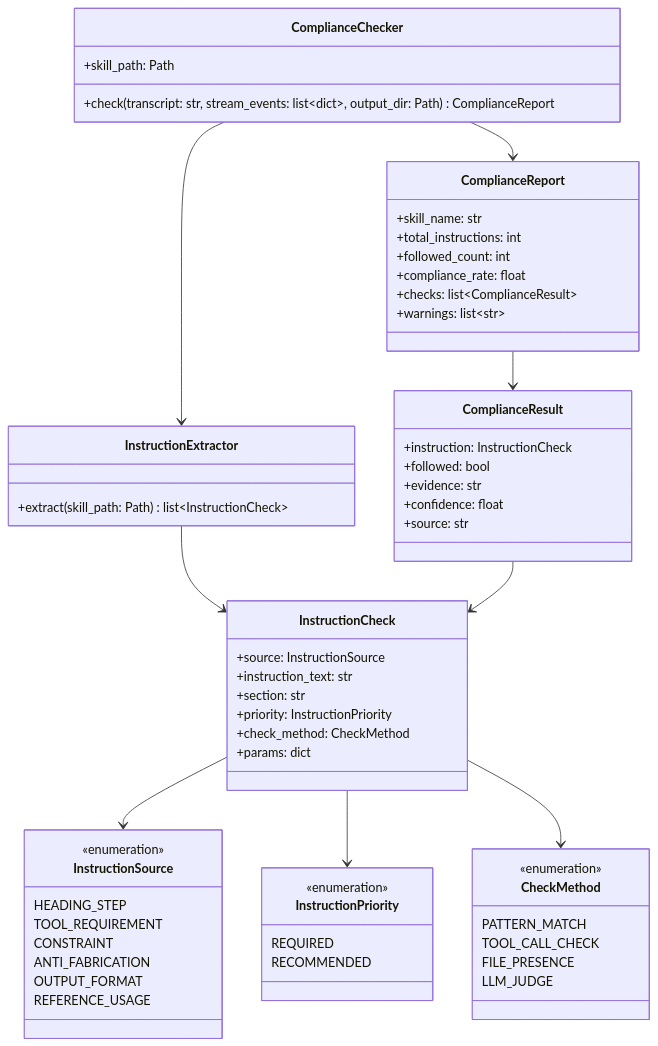
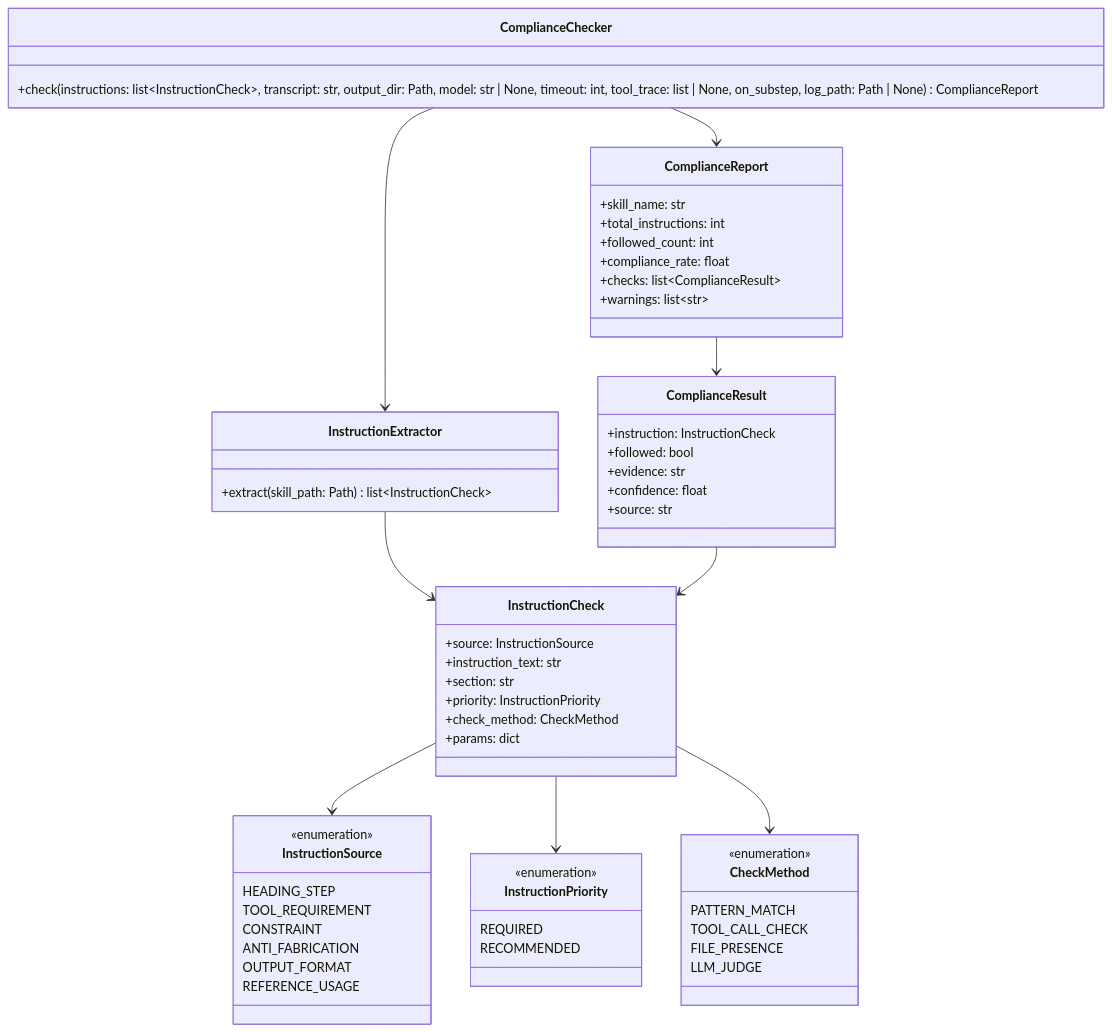
Before and after one commit to HangDu1995/sift: the eighth of 17 diagrams in docs/skill-eval-design.md, drawn with Mermaid. The commit also changed other lines of this file and 29 other files, not shown here.

````diff
--- a/docs/skill-eval-design.md
+++ b/docs/skill-eval-design.md
@@ -1260,70 +1264,69 @@
 ```mermaid
 classDiagram
     class ComplianceChecker {
-        +skill_path: Path
-        +check(transcript: str, stream_events: list~dict~, output_dir: Path) ComplianceReport
+        +check(instructions: list~InstructionCheck~, transcript: str, output_dir: Path, model: str | None, timeout: int, tool_trace: list | None, on_substep, log_path: Path | None) ComplianceReport
     }
 
     class InstructionExtractor {
         +extract(skill_path: Path) list~InstructionCheck~
     }
 
     class InstructionCheck {
         +source: InstructionSource
         +instruction_text: str
         +section: str
         +priority: InstructionPriority
         +check_method: CheckMethod
         +params: dict
     }
 
     class InstructionSource {
         <<enumeration>>
         HEADING_STEP
         TOOL_REQUIREMENT
         CONSTRAINT
         ANTI_FABRICATION
         OUTPUT_FORMAT
         REFERENCE_USAGE
     }
 
     class InstructionPriority {
         <<enumeration>>
         REQUIRED
         RECOMMENDED
     }
 
     class CheckMethod {
         <<enumeration>>
         PATTERN_MATCH
         TOOL_CALL_CHECK
         FILE_PRESENCE
         LLM_JUDGE
     }
 
     class ComplianceResult {
         +instruction: InstructionCheck
         +followed: bool
         +evidence: str
         +confidence: float
         +source: str
     }
 
     class ComplianceReport {
         +skill_name: str
         +total_instructions: int
         +followed_count: int
         +compliance_rate: float
         +checks: list~ComplianceResult~
         +warnings: list~str~
     }
 
     ComplianceChecker --> InstructionExtractor
     ComplianceChecker --> ComplianceReport
     InstructionExtractor --> InstructionCheck
     InstructionCheck --> InstructionSource
     InstructionCheck --> InstructionPriority
     InstructionCheck --> CheckMethod
     ComplianceReport --> ComplianceResult
     ComplianceResult --> InstructionCheck
 ```
````
